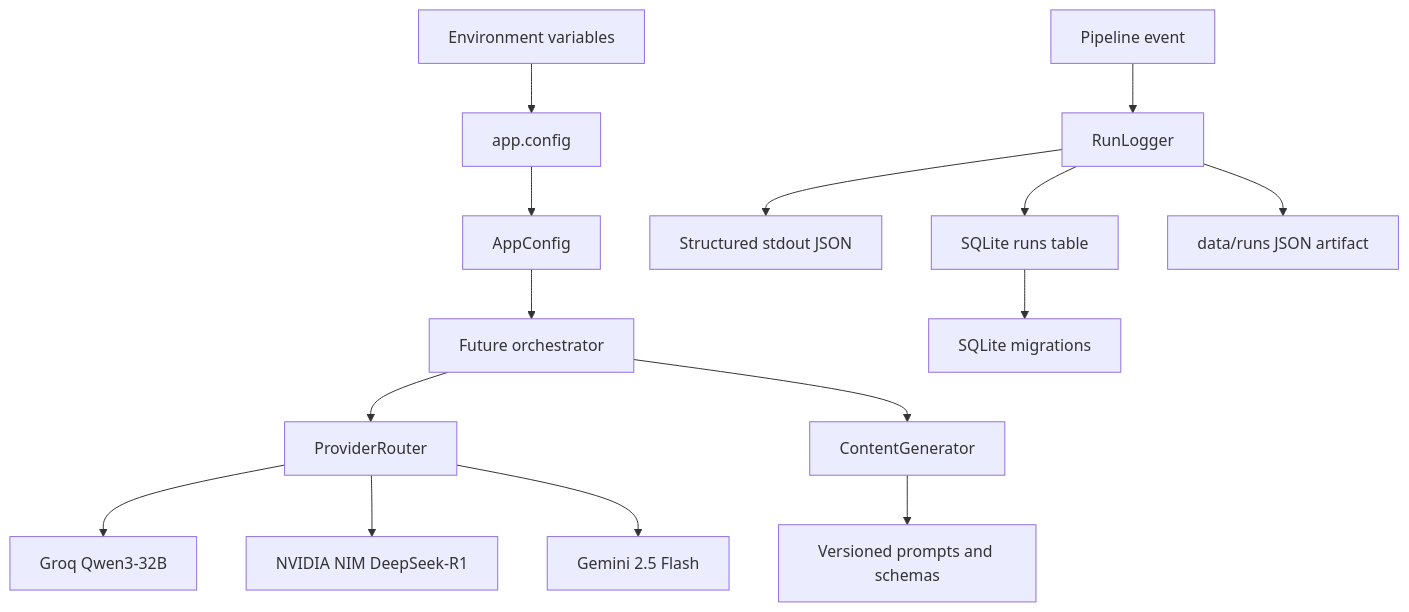
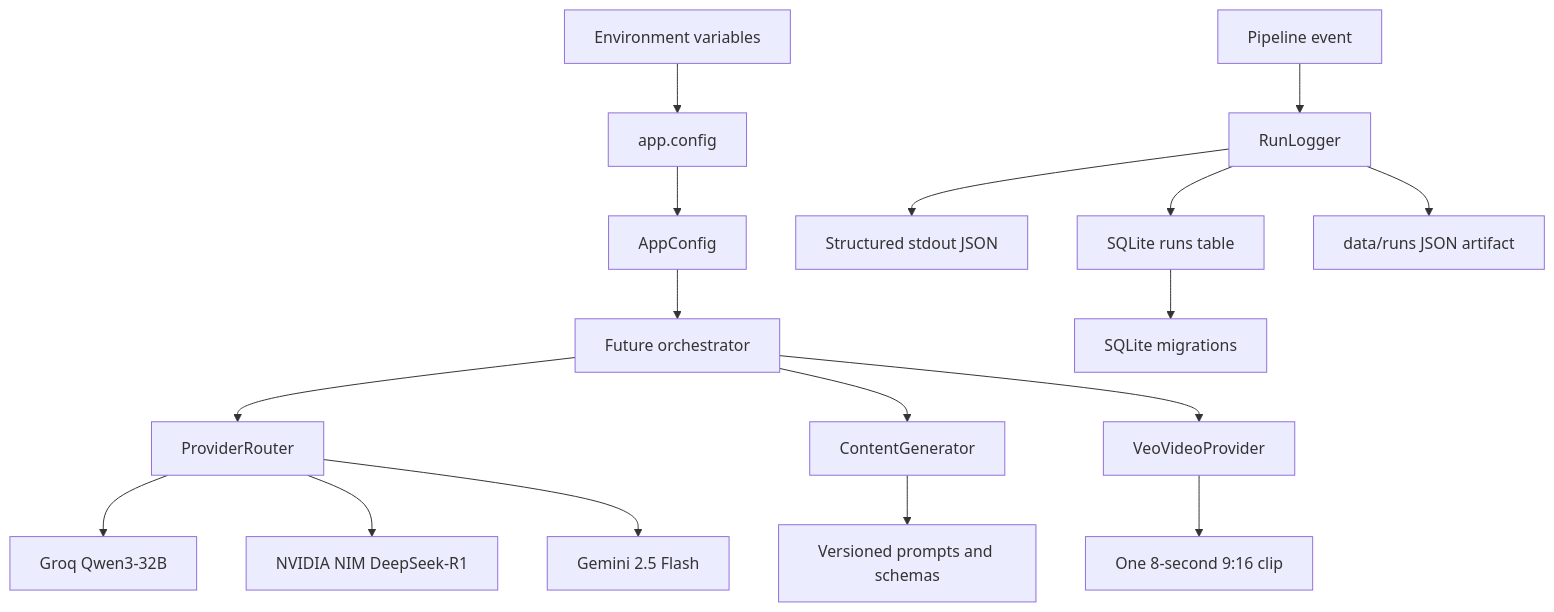
Before and after one commit to Aspect022/AI_Content_Factory: the diagram in docs/architecture.md, drawn with Mermaid. The commit also changed other lines of this file and 8 other files, not shown here.

Commit message:
add single-clip Veo video provider

````diff
--- a/docs/architecture.md
+++ b/docs/architecture.md
@@ -3,17 +3,19 @@
 ```mermaid
 flowchart TD
     A[Environment variables] --> B[app.config]
     B --> C[AppConfig]
     C --> D[Future orchestrator]
     D --> E[ProviderRouter]
     E --> F[Groq Qwen3-32B]
     E --> G[NVIDIA NIM DeepSeek-R1]
     E --> H[Gemini 2.5 Flash]
     D --> N[ContentGenerator]
     N --> O[Versioned prompts and schemas]
+    D --> Q[VeoVideoProvider]
+    Q --> R[One 8-second 9:16 clip]
     I[Pipeline event] --> J[RunLogger]
     J --> K[Structured stdout JSON]
     J --> L[SQLite runs table]
     J --> M[data/runs JSON artifact]
     L --> P[SQLite migrations]
 ```
````
